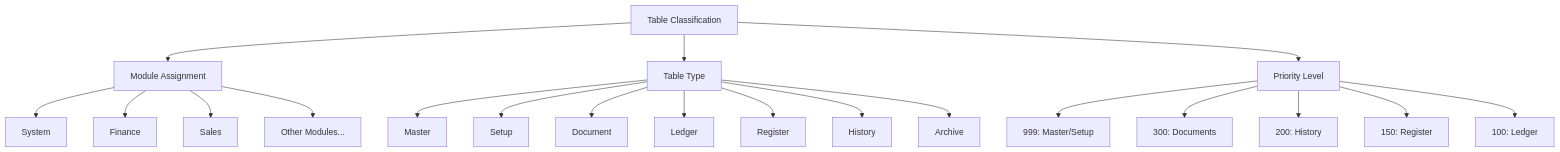
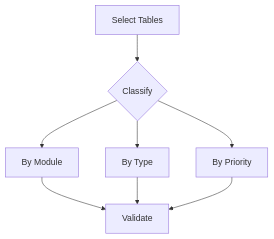
One commit to Goldenvikingsunset/DatadeletionTool changed the sixth of 10 diagrams in README.md. Above: the diagram before and after it, drawn with Mermaid. The commit also changed other lines of this file, not shown here.

````diff
--- a/README.md
+++ b/README.md
@@ -49,25 +119,10 @@
 ```mermaid
-graph TD
-    A[Table Classification] --> B[Module Assignment]
-    A --> C[Table Type]
-    A --> D[Priority Level]
-    
-    B --> BA[System]
-    B --> BB[Finance]
-    B --> BC[Sales]
-    B --> BD[Other Modules...]
-    
-    C --> CA[Master]
-    C --> CB[Setup]
-    C --> CC[Document]
-    C --> CD[Ledger]
-    C --> CE[Register]
-    C --> CF[History]
-    C --> CG[Archive]
-    
-    D --> DA[999: Master/Setup]
-    D --> DB[300: Documents]
-    D --> DC[200: History]
-    D --> DD[150: Register]
-    D --> DE[100: Ledger]
+graph TB
+    A[Select Tables] --> B{Classify}
+    B --> C[By Module]
+    B --> D[By Type]
+    B --> E[By Priority]
+    C --> F[Validate]
+    D --> F
+    E --> F
 ```
````
